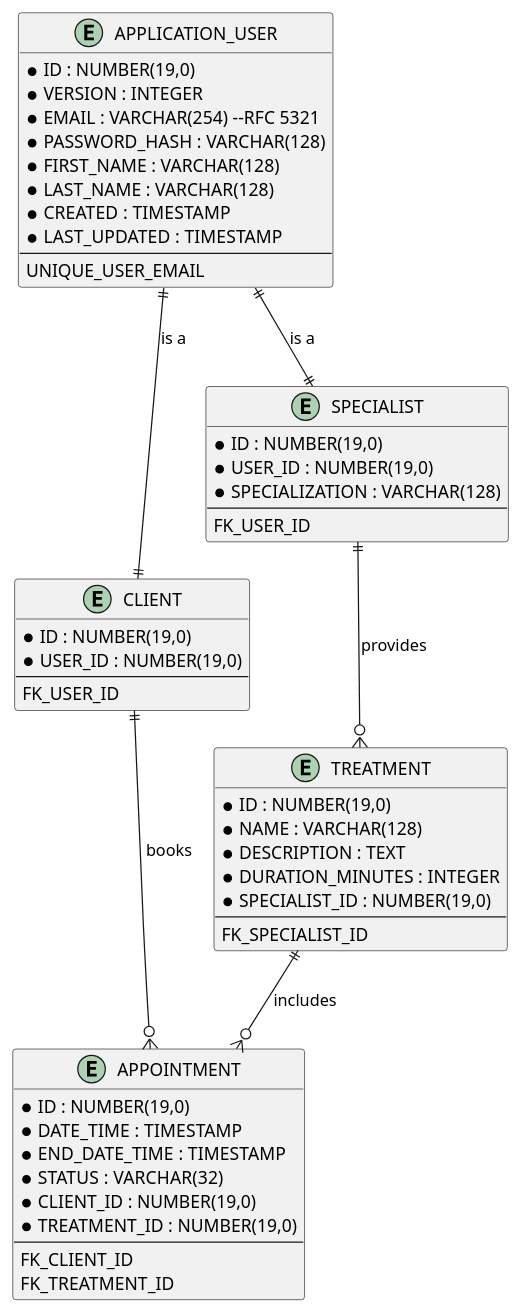
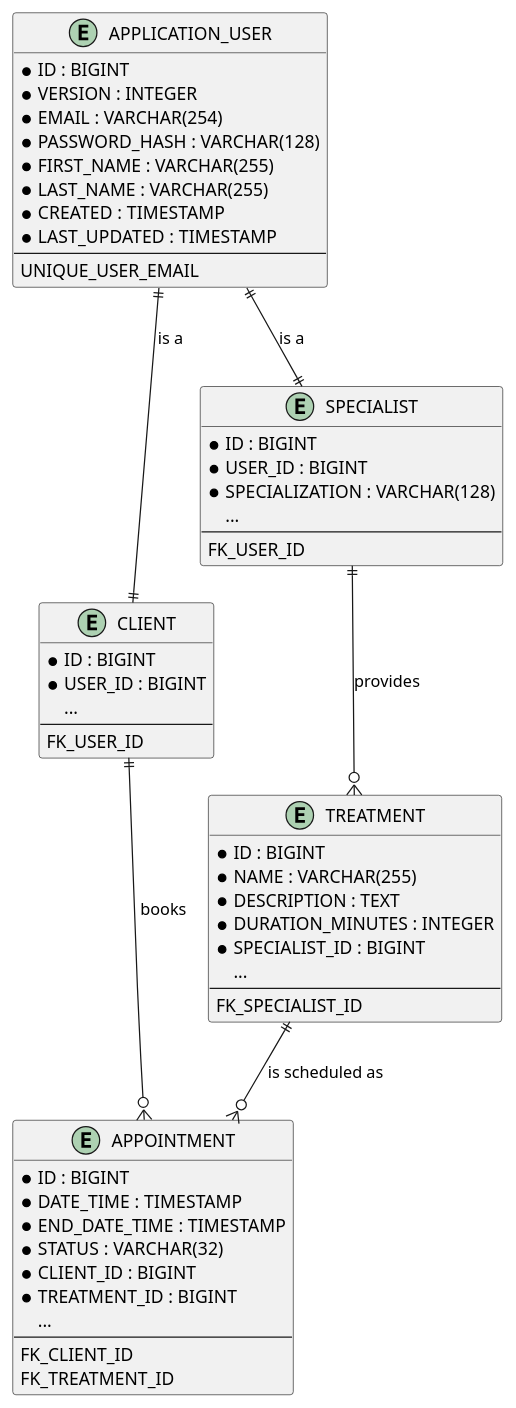
Before and after one commit to java-backend-foundations/java-backend-developer-exercises: the diagram in appointment-booking-service-dataaccess-layer.asciidoc, drawn with PlantUML. The commit also changed other lines of this file, not shown here.

First line of the commit message:
docs(dataaccess): fix small issues, change NUMBER(19,0) -> BIGINT, increase unnecessarily small VARCHAR sizes, change Treatment description to unbounded TEXT

```diff
--- a/appointment-booking-service-dataaccess-layer.asciidoc
+++ b/appointment-booking-service-dataaccess-layer.asciidoc
@@ -253,60 +253,64 @@
 [plantuml, database-schema, svg]
 ----
 @startuml
 entity APPLICATION_USER {
-  *ID : NUMBER(19,0)
+  *ID : BIGINT
   *VERSION : INTEGER
-  *EMAIL : VARCHAR(254) --RFC 5321
+  *EMAIL : VARCHAR(254)
   *PASSWORD_HASH : VARCHAR(128)
-  *FIRST_NAME : VARCHAR(128)
-  *LAST_NAME : VARCHAR(128)
+  *FIRST_NAME : VARCHAR(255)
+  *LAST_NAME : VARCHAR(255)
   *CREATED : TIMESTAMP
   *LAST_UPDATED : TIMESTAMP
   --
   UNIQUE_USER_EMAIL
 }
 
 entity CLIENT {
-  *ID : NUMBER(19,0)
-  *USER_ID : NUMBER(19,0)
+  *ID : BIGINT
+  *USER_ID : BIGINT
+  ...
   --
   FK_USER_ID
 }
 
 entity SPECIALIST {
-  *ID : NUMBER(19,0)
-  *USER_ID : NUMBER(19,0)
+  *ID : BIGINT
+  *USER_ID : BIGINT
   *SPECIALIZATION : VARCHAR(128)
+  ...
   --
   FK_USER_ID
 }
 
 entity TREATMENT {
-  *ID : NUMBER(19,0)
-  *NAME : VARCHAR(128)
+  *ID : BIGINT
+  *NAME : VARCHAR(255)
   *DESCRIPTION : TEXT
   *DURATION_MINUTES : INTEGER
-  *SPECIALIST_ID : NUMBER(19,0)
+  *SPECIALIST_ID : BIGINT
+  ...
   --
   FK_SPECIALIST_ID
 }
 
 entity APPOINTMENT {
-  *ID : NUMBER(19,0)
+  *ID : BIGINT
   *DATE_TIME : TIMESTAMP
   *END_DATE_TIME : TIMESTAMP
   *STATUS : VARCHAR(32)
-  *CLIENT_ID : NUMBER(19,0)
-  *TREATMENT_ID : NUMBER(19,0)
+  *CLIENT_ID : BIGINT
+  *TREATMENT_ID : BIGINT
+  ...
   --
   FK_CLIENT_ID
   FK_TREATMENT_ID
 }
 
 APPLICATION_USER ||--|| CLIENT : is a
 APPLICATION_USER ||--|| SPECIALIST : is a
 SPECIALIST ||--o{ TREATMENT : provides
 CLIENT ||--o{ APPOINTMENT : books
-TREATMENT ||--o{ APPOINTMENT : includes
+TREATMENT ||--o{ APPOINTMENT : is scheduled as
 @enduml
 ----
```
